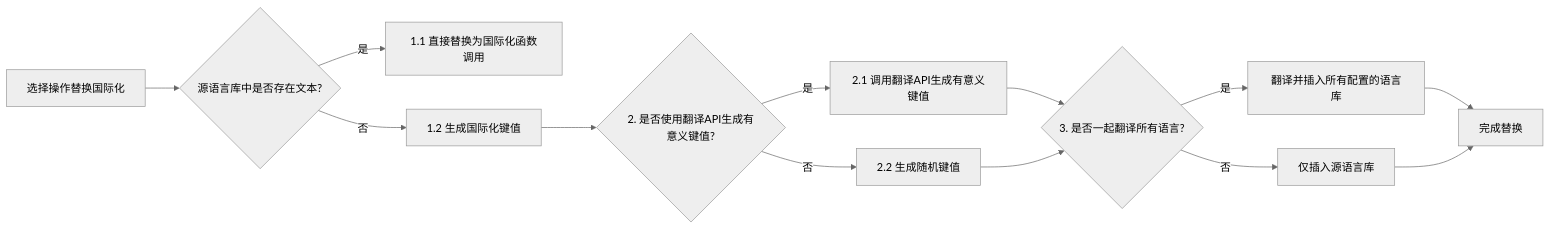
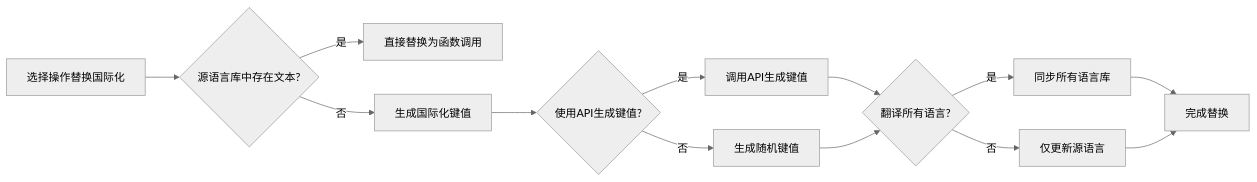
The first of 2 diagrams in README.md (CHIMOOO/i18n-swapper), drawn with Mermaid (neutral theme) before and after one commit. The commit also changed other lines of this file, not shown here.

````diff
--- a/README.md
+++ b/README.md
@@ -125,15 +113,15 @@
 ```mermaid
 graph LR
-    A[选择操作替换国际化] --> B{源语言库中是否存在文本?}
-    B -->|是| C[1.1 直接替换为国际化函数调用]
-    B -->|否| D[1.2 生成国际化键值]
-    D --> E{2. 是否使用翻译API生成有意义键值?}
-    E -->|是| F[2.1 调用翻译API生成有意义键值]
-    E -->|否| G[2.2 生成随机键值]
+    A[选择操作替换国际化] --> B{源语言库中存在文本?}
+    B -->|是| C[直接替换为函数调用]
+    B -->|否| D[生成国际化键值]
+    D --> E{使用API生成键值?}
+    E -->|是| F[调用API生成键值]
+    E -->|否| G[生成随机键值]
     F --> H
-    G --> H{3. 是否一起翻译所有语言?}
-    H -->|是| I[翻译并插入所有配置的语言库]
-    H -->|否| J[仅插入源语言库]
+    G --> H{翻译所有语言?}
+    H -->|是| I[同步所有语言库]
+    H -->|否| J[仅更新源语言]
     I --> K[完成替换]
     J --> K
 ```
````
